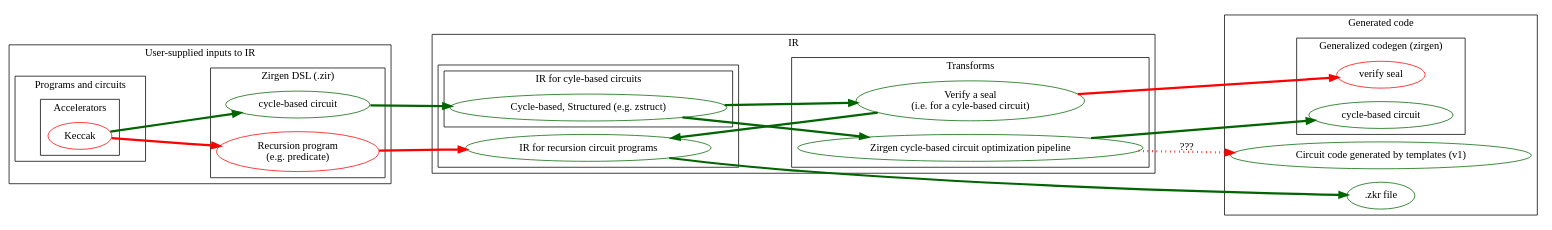
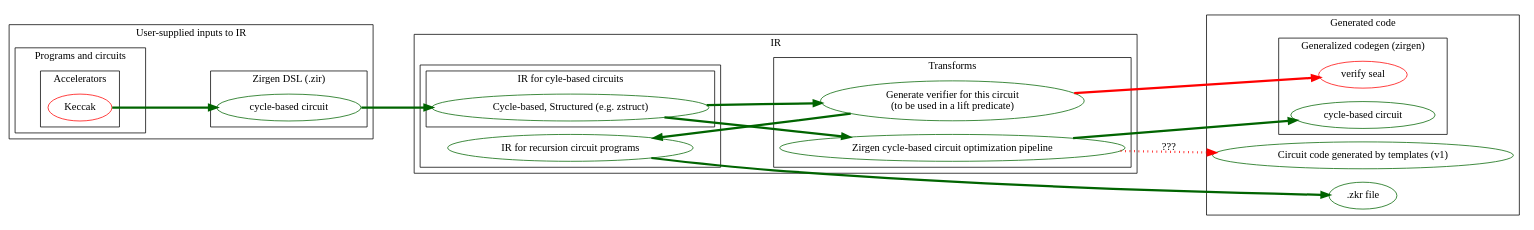
One commit to risc0/zirgen changed the diagram in zirgen/docs/keccak-infra.dot. Above: the diagram before and after it, drawn with Graphviz.

Commit message:
incorporating nils' feedback

```diff
--- a/zirgen/docs/keccak-infra.dot
+++ b/zirgen/docs/keccak-infra.dot
@@ -1,86 +1,83 @@
 // Approximate compiler infrastructure as of Aug 2024.
 // Key:
 //   green: exists,
 //   red: doesn't exist, but we might want it to
-//   dashed line: 
+//   dashed line:
 
 digraph zirgen {
     rankdir="LR"
     node [color="darkgreen"]
     edge [color="darkgreen"]
     edge [penwidth=3]
     compound=true
     layout="dot"
     ranksep=1.3
     penwidth=1
     subgraph {
         label="User-supplied inputs to IR"
         cluster=true
         subgraph {
             label="Programs and circuits"
             cluster=true
-                        
+
             subgraph {
                 label="Accelerators"
                 accel_keccak [color="red", label="Keccak"]
             }
         }
-        
+
         subgraph dsl {
             cluster=true
 	    label="Zirgen DSL (.zir)"
             dsl_circuit [label="cycle-based circuit"]
-            dsl_recursion [label="Recursion program\n(e.g. predicate)", color="red"]
         }
         accel_keccak->dsl_circuit
-        accel_keccak->dsl_recursion [color="red"]
     }
-    
+
     subgraph ir  {
         label="IR"
         cluster=true
         subgraph {
             label=""
             rank="same"
             cluster=true
             subgraph circuit_ir {
                 rank="same"
                 cluster=true
                 label="IR for cyle-based circuits"
                 dsl_circuit_ir [label="Cycle-based, Structured (e.g. zstruct)", rank="same"]
             }
             recursion_ir [label="IR for recursion circuit programs"]
         }
         subgraph transformations {
             cluster=true
             label="Transforms"
-            transform_verify [label="Verify a seal\n(i.e. for a cyle-based circuit)"]
+            transform_verify [label="Generate verifier for this circuit \n (to be used in a lift predicate)"]
             transform_zirgen_opt [label="Zirgen cycle-based circuit optimization pipeline"]
         }
-        
+
         dsl_circuit -> dsl_circuit_ir
-        
-        dsl_recursion -> recursion_ir [color="red"]
+
         dsl_circuit_ir -> transform_zirgen_opt
-        
+
         dsl_circuit_ir -> transform_verify
         transform_verify -> recursion_ir [constraint=false]
-        
+
         }
-    
+
     subgraph codegen {
         cluster=true
         label="Generated code"
         codegen_circuit_v1 [label="Circuit code generated by templates (v1)"]
         subgraph codegen_v2 {
             label="Generalized codegen (zirgen)"
             codegen_circuit_v2 [label="cycle-based circuit"]
             codegen_verify_v2 [label="verify seal", color="red"]
         }
         codegen_zkr [label=".zkr file"]
         transform_zirgen_opt -> codegen_circuit_v2
         transform_zirgen_opt->codegen_circuit_v1 [color="red", style="dotted", label="???"]
         recursion_ir -> codegen_zkr
         transform_verify -> codegen_verify_v2 [color="red"]
     }
 }
```
